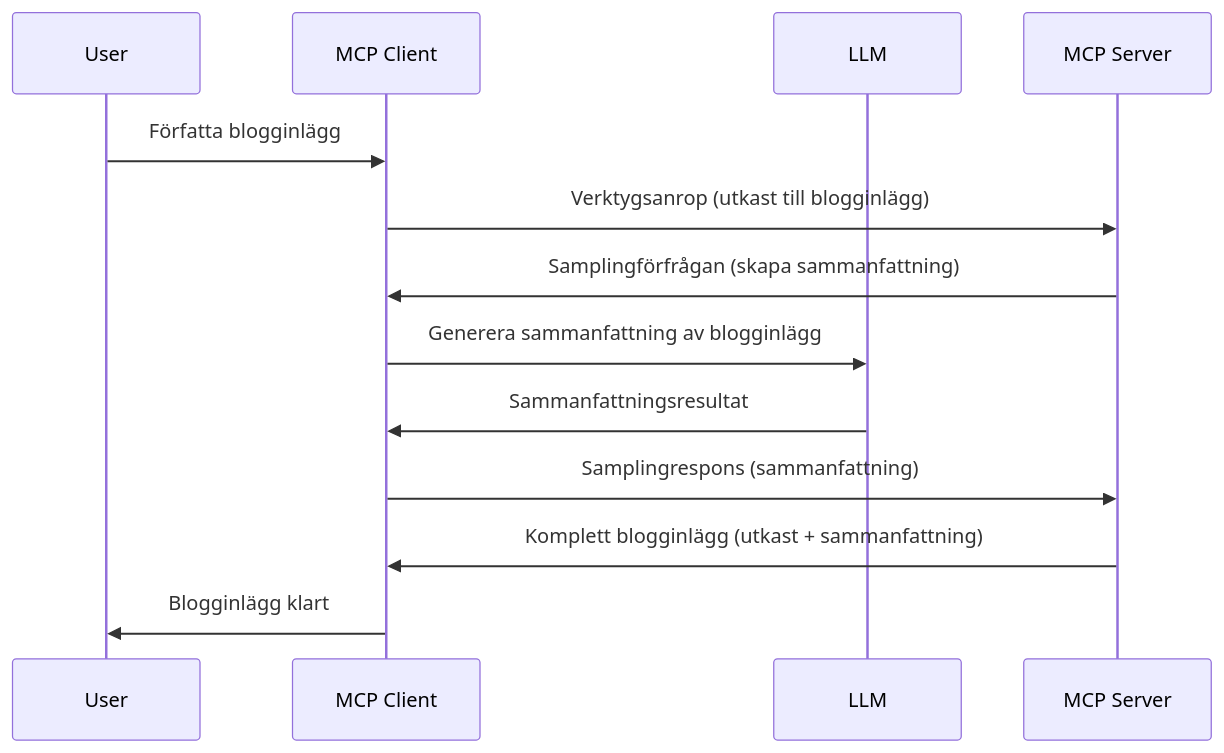
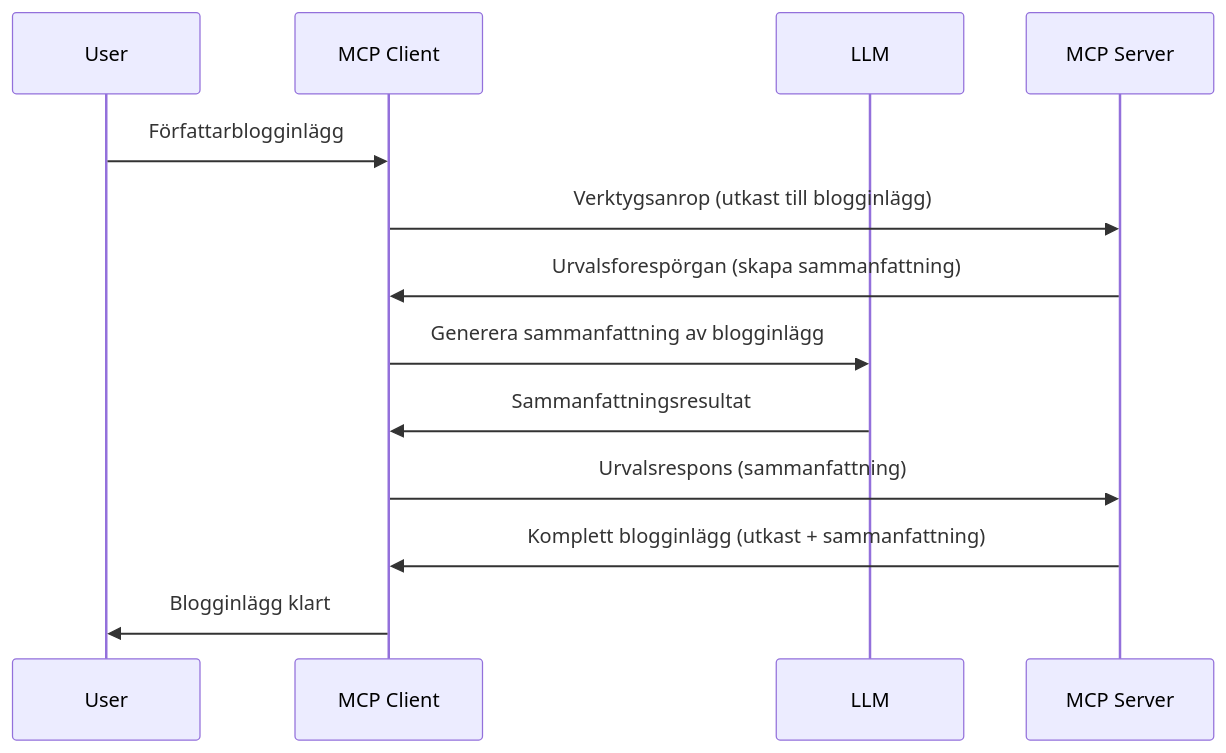
One commit to HIDORAKAI002/ai-workspace-archive changed the diagram in mcp_ecosystem__model_context_protocol/mcp_learning_resources/mcp-for-beginners/translations/sv/03-GettingStarted/14-sampling/README.md. Above: the diagram before and after it, drawn with Mermaid. The commit also changed other lines of this file and 1046 other files, not shown here.

````diff
--- a/mcp_ecosystem__model_context_protocol/mcp_learning_resources/mcp-for-beginners/translations/sv/03-GettingStarted/14-sampling/README.md
+++ b/mcp_ecosystem__model_context_protocol/mcp_learning_resources/mcp-for-beginners/translations/sv/03-GettingStarted/14-sampling/README.md
@@ -23,16 +25,16 @@
 ```mermaid
 sequenceDiagram
     participant User
     participant MCP Client
     participant LLM
     participant MCP Server
 
-    User->>MCP Client: Författa blogginlägg
+    User->>MCP Client: Författarblogginlägg
     MCP Client->>MCP Server: Verktygsanrop (utkast till blogginlägg)
-    MCP Server->>MCP Client: Samplingförfrågan (skapa sammanfattning)
+    MCP Server->>MCP Client: Urvalsforespörgan (skapa sammanfattning)
     MCP Client->>LLM: Generera sammanfattning av blogginlägg
     LLM->>MCP Client: Sammanfattningsresultat
-    MCP Client->>MCP Server: Samplingrespons (sammanfattning)
+    MCP Client->>MCP Server: Urvalsrespons (sammanfattning)
     MCP Server->>MCP Client: Komplett blogginlägg (utkast + sammanfattning)
     MCP Client->>User: Blogginlägg klart
 ```
````
